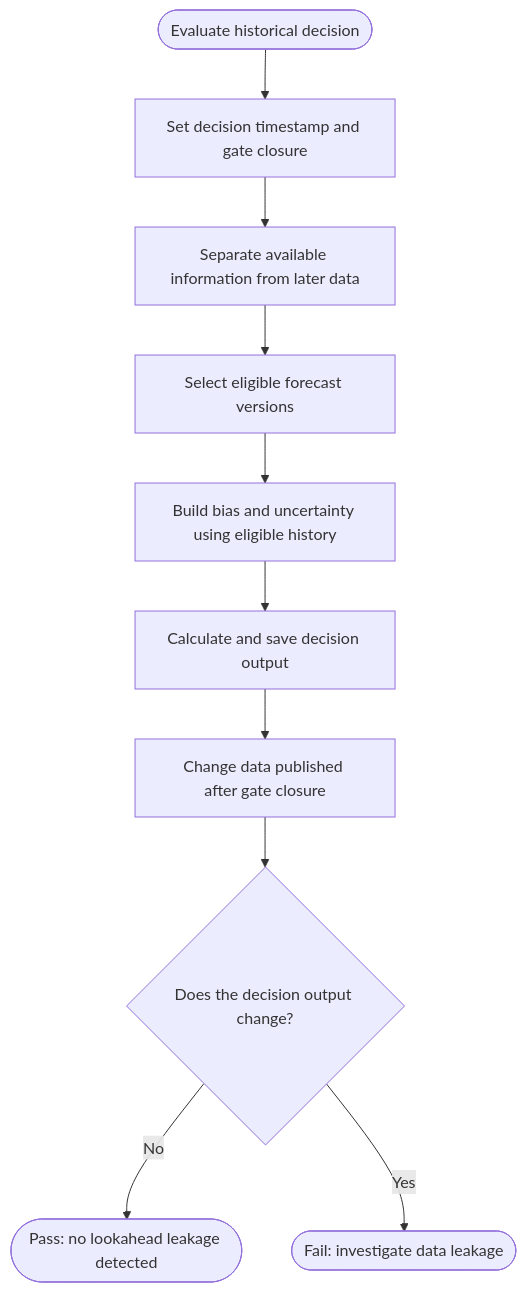
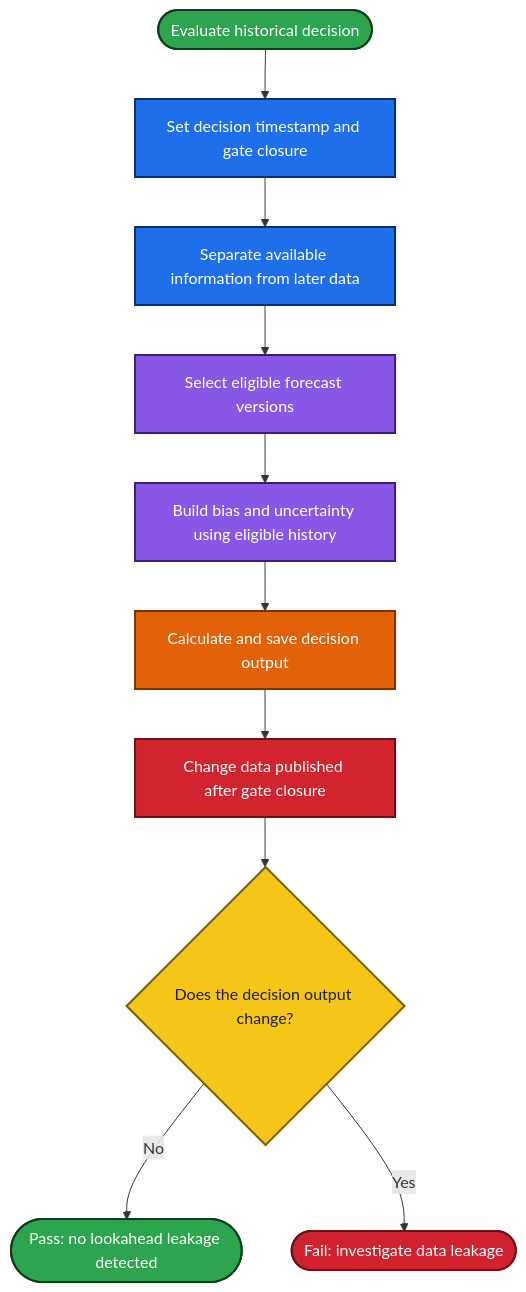
Before and after one commit to sourabhvamdevan/wind-matrix: the fourth of 7 diagrams in README.md, drawn with Mermaid. The commit also changed other lines of this file, not shown here.

First line of the commit message:
Enhance README with detailed workflow and architecture

````diff
--- a/README.md
+++ b/README.md
@@ -188,12 +246,32 @@
 ```mermaid
 flowchart TD
     A([Evaluate historical decision]) --> B["Set decision timestamp and gate closure"]
     B --> C["Separate available information from later data"]
     C --> D["Select eligible forecast versions"]
     D --> E["Build bias and uncertainty using eligible history"]
     E --> F["Calculate and save decision output"]
     F --> G["Change data published after gate closure"]
     G --> H{"Does the decision output change?"}
     H -->|No| I([Pass: no lookahead leakage detected])
     H -->|Yes| J([Fail: investigate data leakage])
+
+    classDef ext fill:#1f6feb,stroke:#0a3069,color:#ffffff,stroke-width:2px
+    classDef ingest fill:#8957e5,stroke:#3b1e7a,color:#ffffff,stroke-width:2px
+    classDef store fill:#bf8700,stroke:#5c4400,color:#ffffff,stroke-width:2px
+    classDef engine fill:#d1242f,stroke:#6e1018,color:#ffffff,stroke-width:2px
+    classDef api fill:#e36209,stroke:#7a3300,color:#ffffff,stroke-width:2px
+    classDef front fill:#1a7f37,stroke:#0b3d1a,color:#ffffff,stroke-width:2px
+    classDef view fill:#0e8a8a,stroke:#054545,color:#ffffff,stroke-width:2px
+    classDef good fill:#2da44e,stroke:#0b3d1a,color:#ffffff,stroke-width:2px
+    classDef bad fill:#cf222e,stroke:#6e1018,color:#ffffff,stroke-width:2px
+    classDef decide fill:#f5c518,stroke:#7a5c00,color:#1b1f24,stroke-width:2px
+    classDef dark fill:#24292f,stroke:#000000,color:#ffffff,stroke-width:2px
+    class A good
+    class B,C ext
+    class D,E ingest
+    class F api
+    class G engine
+    class H decide
+    class I good
+    class J bad
 ```
````
